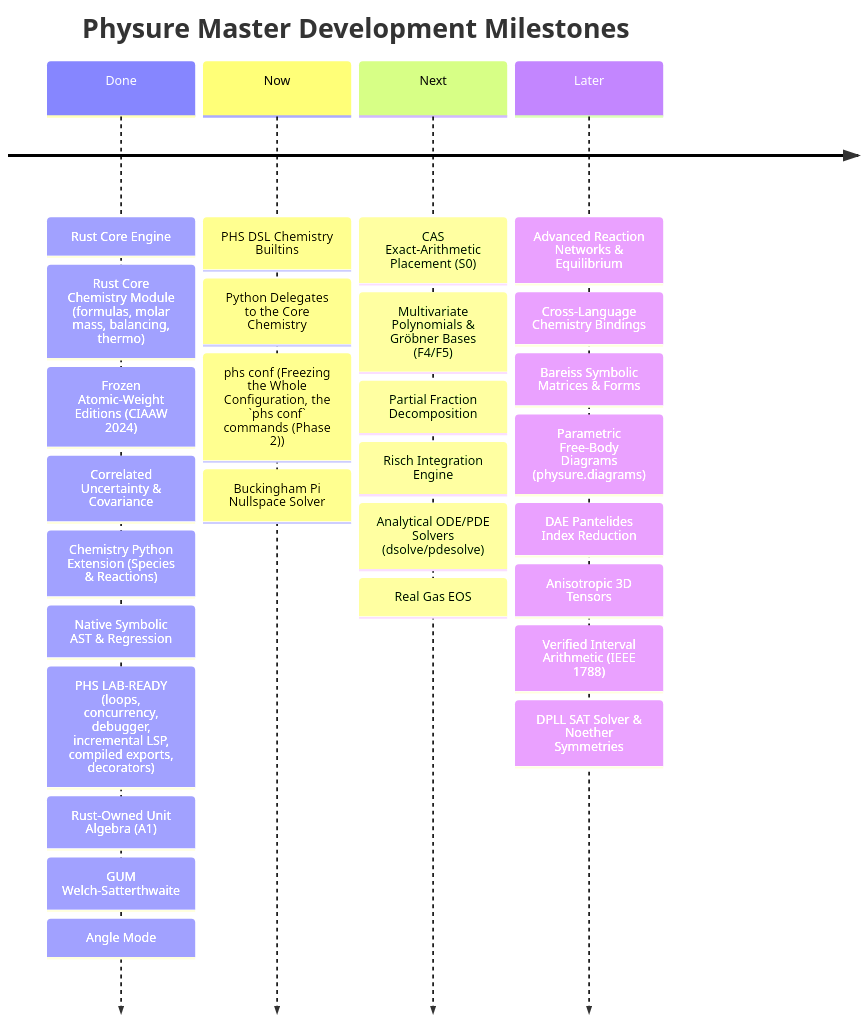
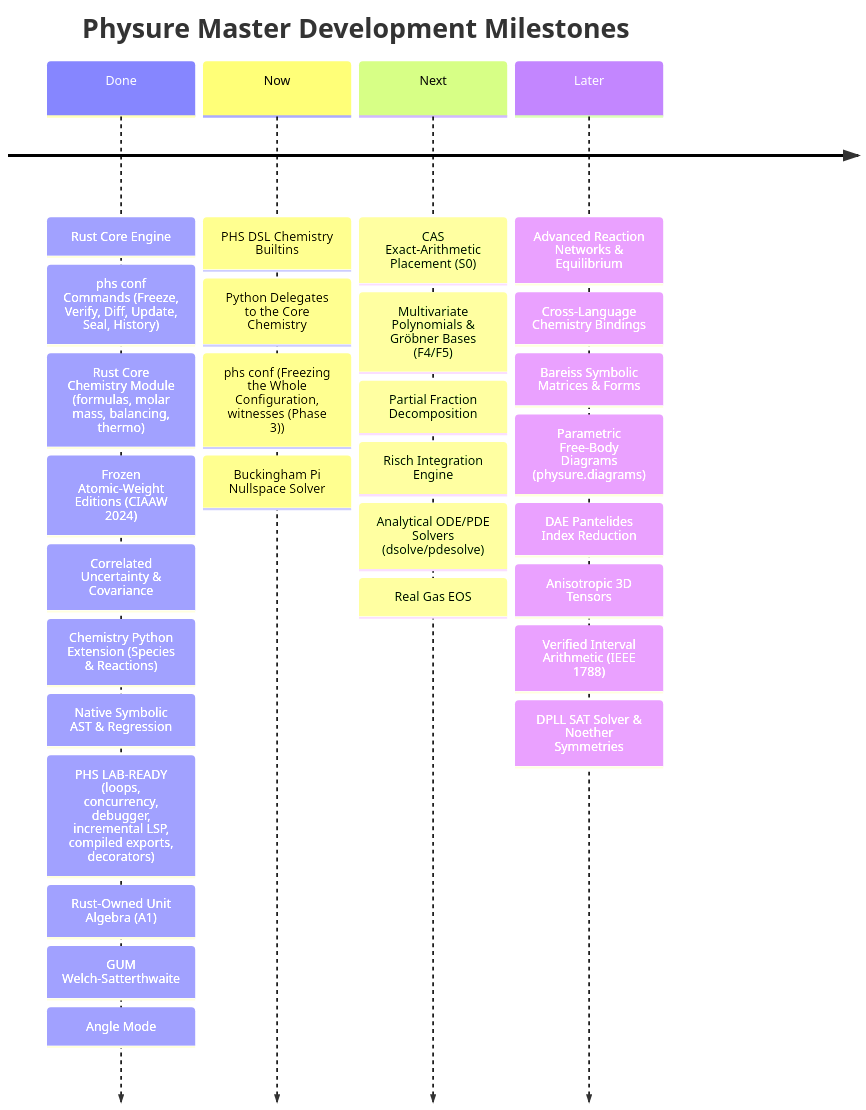
One commit to Alexisrx96/physure changed the diagram in ROADMAP.md. Above: the diagram before and after it, drawn with Mermaid. The commit also changed other lines of this file and 2 other files, not shown here.

First line of the commit message:
docs: roadmaps and changelog for the phs conf commands (conf freeze Phase 2)

````diff
--- a/ROADMAP.md
+++ b/ROADMAP.md
@@ -61,8 +61,8 @@
 ```mermaid
 timeline
     title Physure Master Development Milestones
-    Done : Rust Core Engine : Rust Core Chemistry Module (formulas, molar mass, balancing, thermo) : Frozen Atomic-Weight Editions (CIAAW 2024) : Correlated Uncertainty & Covariance : Chemistry Python Extension (Species & Reactions) : Native Symbolic AST & Regression : PHS LAB-READY (loops, concurrency, debugger, incremental LSP, compiled exports, decorators) : Rust-Owned Unit Algebra (A1) : GUM Welch-Satterthwaite : Angle Mode
-    Now : PHS DSL Chemistry Builtins : Python Delegates to the Core Chemistry : phs conf (Freezing the Whole Configuration, the `phs conf` commands (Phase 2)) : Buckingham Pi Nullspace Solver
+    Done : Rust Core Engine : phs conf Commands (Freeze, Verify, Diff, Update, Seal, History) : Rust Core Chemistry Module (formulas, molar mass, balancing, thermo) : Frozen Atomic-Weight Editions (CIAAW 2024) : Correlated Uncertainty & Covariance : Chemistry Python Extension (Species & Reactions) : Native Symbolic AST & Regression : PHS LAB-READY (loops, concurrency, debugger, incremental LSP, compiled exports, decorators) : Rust-Owned Unit Algebra (A1) : GUM Welch-Satterthwaite : Angle Mode
+    Now : PHS DSL Chemistry Builtins : Python Delegates to the Core Chemistry : phs conf (Freezing the Whole Configuration, witnesses (Phase 3)) : Buckingham Pi Nullspace Solver
     Next : CAS Exact-Arithmetic Placement (S0) : Multivariate Polynomials & Gröbner Bases (F4/F5) : Partial Fraction Decomposition : Risch Integration Engine : Analytical ODE/PDE Solvers (dsolve/pdesolve) : Real Gas EOS
     Later : Advanced Reaction Networks & Equilibrium : Cross-Language Chemistry Bindings : Bareiss Symbolic Matrices & Forms : Parametric Free-Body Diagrams (physure.diagrams) : DAE Pantelides Index Reduction : Anisotropic 3D Tensors : Verified Interval Arithmetic (IEEE 1788) : DPLL SAT Solver & Noether Symmetries
 ```
````
